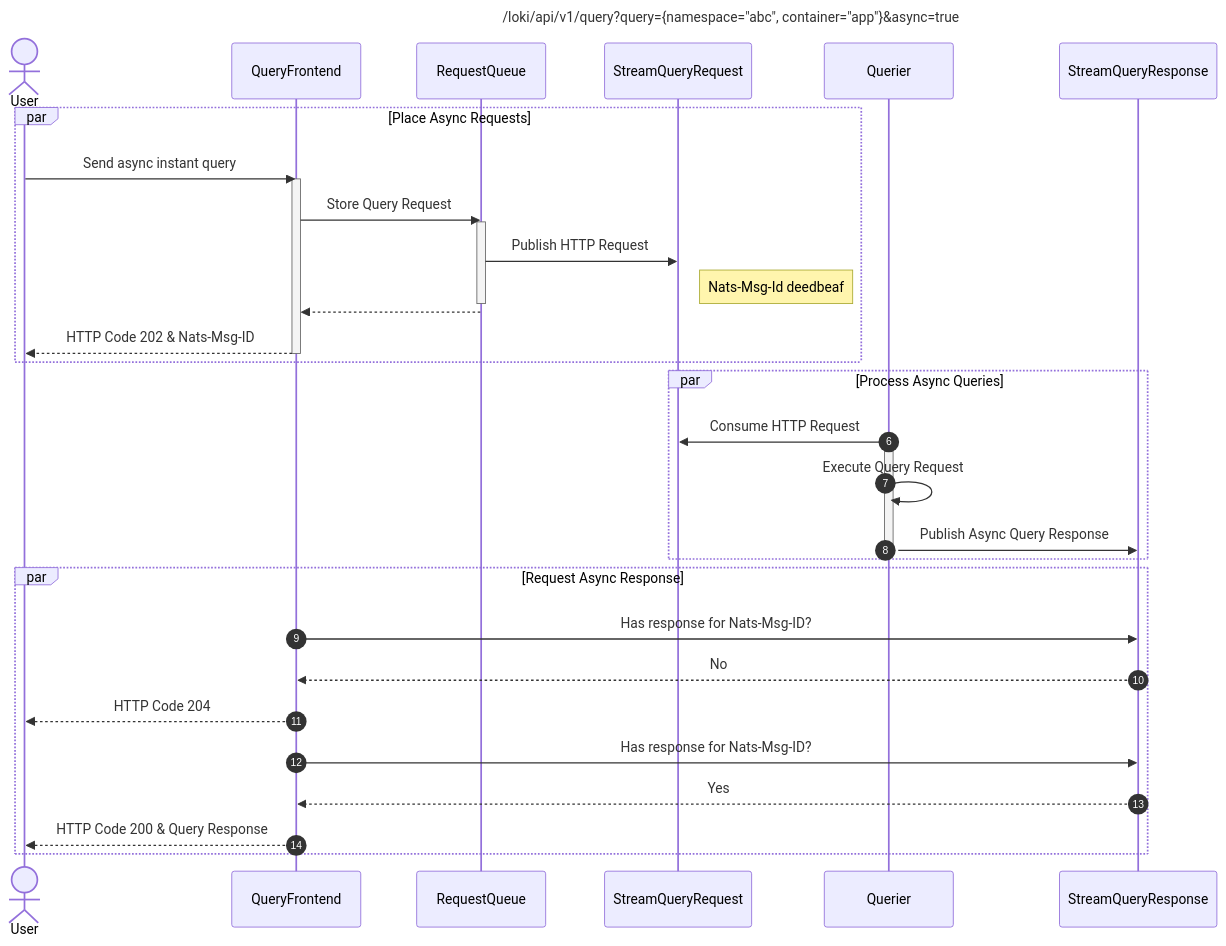
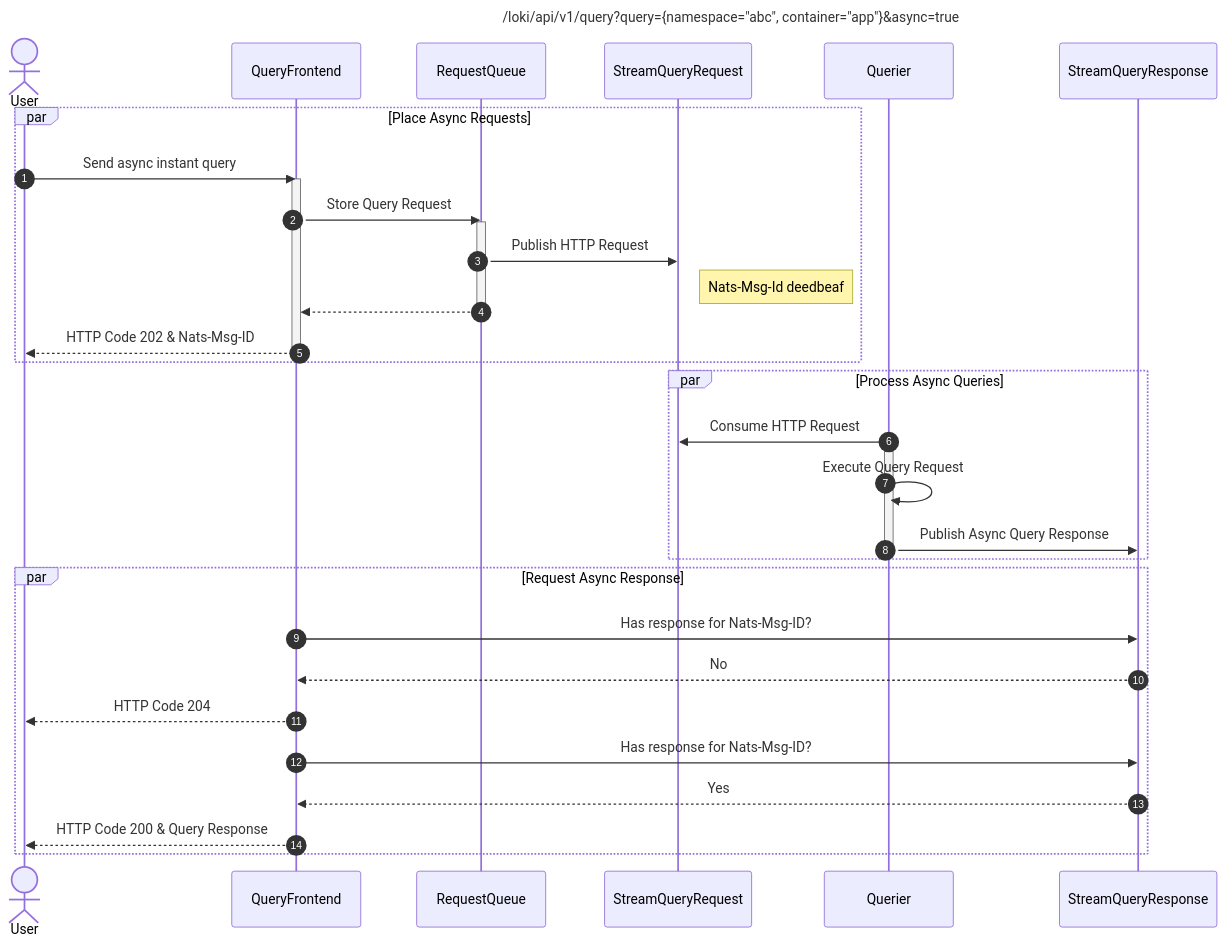
The diagram in docs/sources/community/lids/_DRAFT_AsynchronousQueries.md (grafana/loki), drawn with Mermaid before and after one commit. The commit also changed other lines of this file, not shown here.

Commit message:
Remove duplicate autonumber

````diff
--- a/docs/sources/community/lids/_DRAFT_AsynchronousQueries.md
+++ b/docs/sources/community/lids/_DRAFT_AsynchronousQueries.md
@@ -101,33 +101,33 @@
 ```mermaid
   sequenceDiagram
+      autonumber
       title /loki/api/v1/query?query={namespace="abc", container="app"}&async=true
       actor User
       par Place Async Requests
       User->>QueryFrontend: Send async instant query
       activate QueryFrontend
       QueryFrontend->>RequestQueue: Store Query Request
       activate RequestQueue
       RequestQueue->>StreamQueryRequest: Publish HTTP Request
       Note right of StreamQueryRequest: Nats-Msg-Id deedbeaf
       deactivate RequestQueue
       RequestQueue-->>QueryFrontend:
       QueryFrontend-->>User: HTTP Code 202 & Nats-Msg-ID
       deactivate QueryFrontend
       end
       par Process Async Queries
-      autonumber
       Querier->>StreamQueryRequest: Consume HTTP Request
       activate Querier
       Querier->>Querier: Execute Query Request
       Querier->>StreamQueryResponse: Publish Async Query Response
       deactivate Querier
       end
       par Request Async Response
       QueryFrontend->>StreamQueryResponse: Has response for Nats-Msg-ID?
       StreamQueryResponse-->>QueryFrontend: No
       QueryFrontend-->>User: HTTP Code 204
       QueryFrontend->>StreamQueryResponse: Has response for Nats-Msg-ID?
       StreamQueryResponse-->>QueryFrontend: Yes
       QueryFrontend-->>User: HTTP Code 200 & Query Response
       end
 ```
````
